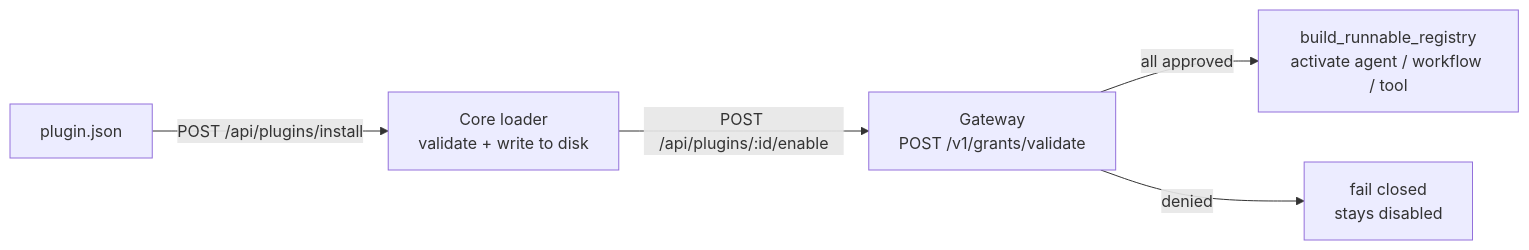
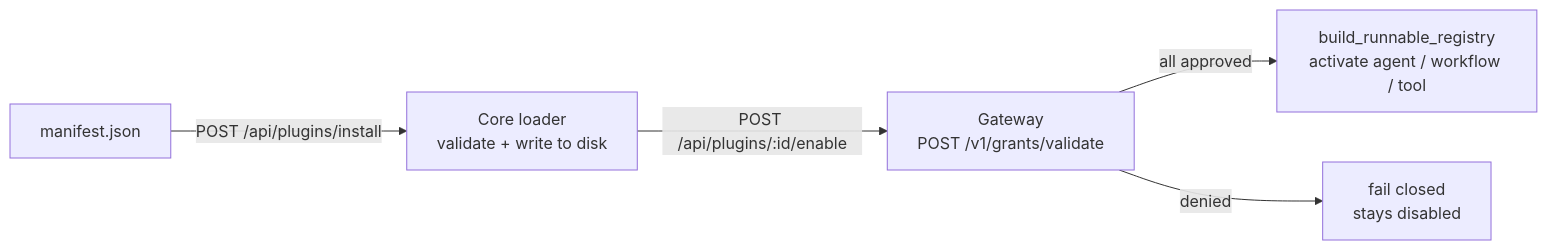
The diagram in apps/fumadocs/content/docs/develop/extensions/plugin-json-manifest.mdx (amajorai/ryu), drawn with Mermaid before and after one commit. The commit also changed other lines of this file and 198 other files, not shown here.

````diff
--- a/apps/fumadocs/content/docs/develop/extensions/plugin-json-manifest.mdx
+++ b/apps/fumadocs/content/docs/develop/extensions/plugin-json-manifest.mdx
@@ -195,7 +195,7 @@
 ```mermaid
 flowchart LR
-  A[plugin.json] -->|POST /api/plugins/install| B[Core loader<br/>validate + write to disk]
+  A[manifest.json] -->|POST /api/plugins/install| B[Core loader<br/>validate + write to disk]
   B -->|POST /api/plugins/:id/enable| C[Gateway<br/>POST /v1/grants/validate]
   C -->|all approved| D[build_runnable_registry<br/>activate agent / workflow / tool]
   C -->|denied| E[fail closed<br/>stays disabled]
 ```
````
